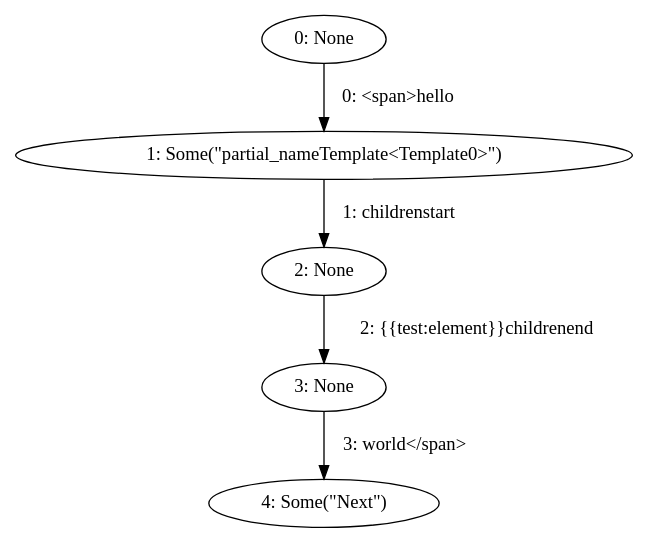
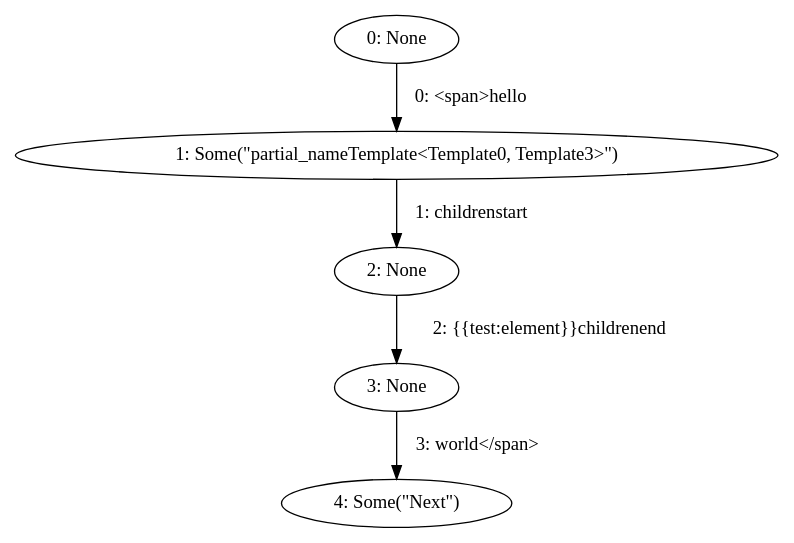
The diagram in partial_block.dot (mohe2015/zero-cost-templating), drawn with Graphviz before and after one commit. The commit also changed 1 other file, not shown here.

```diff
--- a/partial_block.dot
+++ b/partial_block.dot
@@ -1,11 +1,11 @@
 digraph {
     0 [ label = "0: None" ]
-    1 [ label = "1: Some(\"partial_nameTemplate<Template0>\")" ]
+    1 [ label = "1: Some(\"partial_nameTemplate<Template0, Template3>\")" ]
     2 [ label = "2: None" ]
     3 [ label = "3: None" ]
     4 [ label = "4: Some(\"Next\")" ]
     0 -> 1 [ label = "0: <span>hello" ]
     1 -> 2 [ label = "1: childrenstart" ]
     2 -> 3 [ label = "2: {{test:element}}childrenend" ]
     3 -> 4 [ label = "3: world</span>" ]
 }
```
